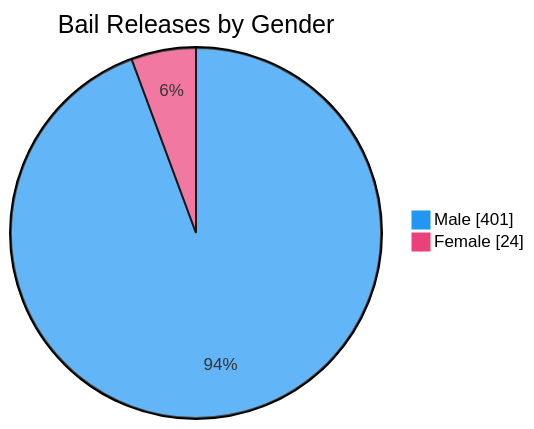
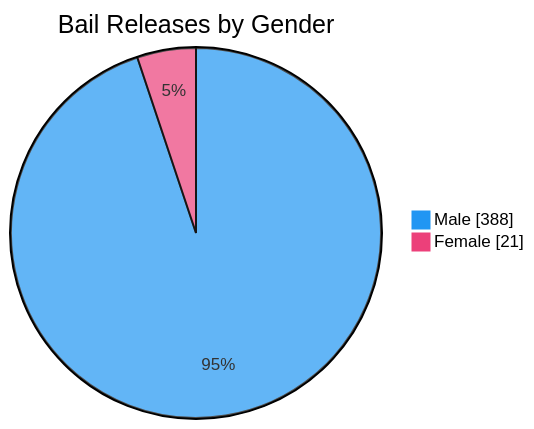
The seventh of 7 diagrams in README.md (nuuuwan/lk_prisons), drawn with Mermaid before and after one commit. The commit also changed other lines of this file and 1 other file, not shown here.

````diff
--- a/README.md
+++ b/README.md
@@ -109,6 +109,6 @@
 ```mermaid
 %%{init: {'themeVariables': {'pie1': '#2196F3', 'pie2': '#EC407A'}}}%%
 pie showData title Bail Releases by Gender
-    "Male" : 401
-    "Female" : 24
+    "Male" : 388
+    "Female" : 21
 ```
````
